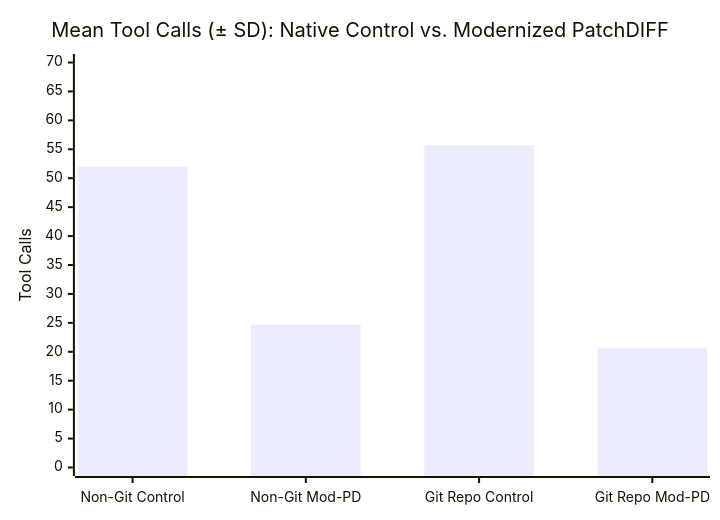
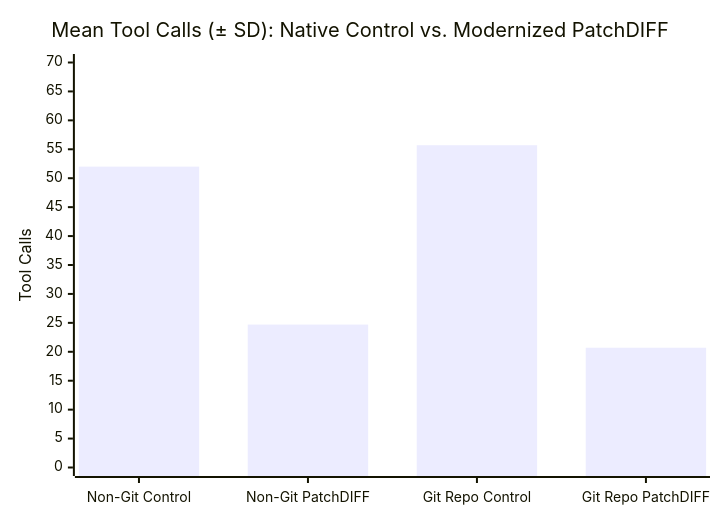
The diagram in README.md (paragon-ux/Patch-DIFF), drawn with Mermaid before and after one commit. The commit also changed other lines of this file and 6 other files, not shown here.

Commit message:
docs: streamline README with top visual benchmark snapshot and move flowcharts to Zensical site

````diff
--- a/README.md
+++ b/README.md
@@ -159,7 +15,7 @@
 ```mermaid
 xychart-beta
     title "Mean Tool Calls (± SD): Native Control vs. Modernized PatchDIFF"
-    x-axis ["Non-Git Control", "Non-Git Mod-PD", "Git Repo Control", "Git Repo Mod-PD"]
+    x-axis ["Non-Git Control", "Non-Git PatchDIFF", "Git Repo Control", "Git Repo PatchDIFF"]
     y-axis "Tool Calls" 0 --> 70
     bar [52.0, 24.7, 55.7, 20.7]
 ```
````
